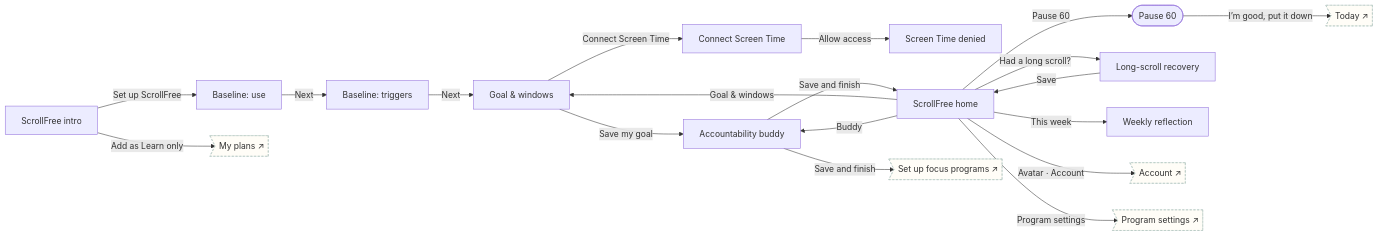
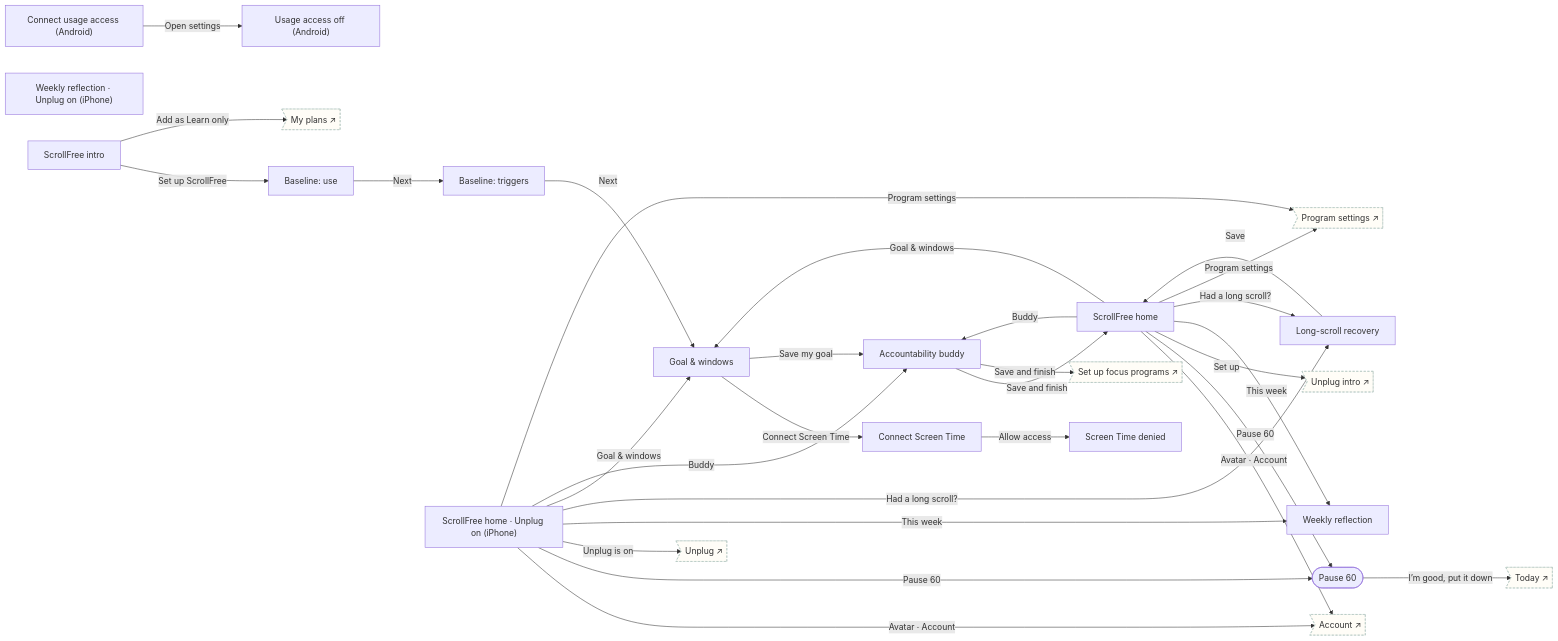
Before and after one commit to Tetherhealthgroup/Tether-Health: the diagram in tether_ui/flows/sf.md, drawn with Mermaid. The commit also changed other lines of this file and 133 other files, not shown here.

````diff
--- a/tether_ui/flows/sf.md
+++ b/tether_ui/flows/sf.md
@@ -5,43 +5,61 @@
 ```mermaid
 flowchart LR
   sf_intro["ScrollFree intro"]
   sf_q1["Baseline: use"]
   sf_q2["Baseline: triggers"]
   sf_goal["Goal & windows"]
   sf_screentime["Connect Screen Time"]
   sf_screentime_denied["Screen Time denied"]
   sf_buddy["Accountability buddy"]
   sf_home["ScrollFree home"]
   sf_pause(["Pause 60"])
   sf_slip["Long-scroll recovery"]
   sf_week["Weekly reflection"]
+  sf_home_unplug["ScrollFree home · Unplug on (iPhone)"]
+  sf_week_unplug["Weekly reflection · Unplug on (iPhone)"]
+  sf_screentime_android["Connect usage access (Android)"]
+  sf_screentime_android_denied["Usage access off (Android)"]
   sf_intro -->|"Set up ScrollFree"| sf_q1
   sf_intro -->|"Add as Learn only"| plans
   sf_q1 -->|"Next"| sf_q2
   sf_q2 -->|"Next"| sf_goal
   sf_goal -->|"Connect Screen Time"| sf_screentime
   sf_goal -->|"Save my goal"| sf_buddy
   sf_screentime -->|"Allow access"| sf_screentime_denied
   sf_buddy -->|"Save and finish"| sf_home
   sf_buddy -->|"Save and finish"| ob_setup
   sf_home -->|"Avatar · Account"| account
   sf_home -->|"Pause 60"| sf_pause
+  sf_home -->|"Set up"| sf_unplug_intro
   sf_home -->|"This week"| sf_week
   sf_home -->|"Had a long scroll?"| sf_slip
   sf_home -->|"Goal & windows"| sf_goal
   sf_home -->|"Buddy"| sf_buddy
   sf_home -->|"Program settings"| program_settings
   sf_pause -->|"I’m good, put it down"| today
   sf_slip -->|"Save"| sf_home
+  sf_home_unplug -->|"Avatar · Account"| account
+  sf_home_unplug -->|"Pause 60"| sf_pause
+  sf_home_unplug -->|"Unplug is on"| sf_unplug_home
+  sf_home_unplug -->|"This week"| sf_week
+  sf_home_unplug -->|"Had a long scroll?"| sf_slip
+  sf_home_unplug -->|"Goal & windows"| sf_goal
+  sf_home_unplug -->|"Buddy"| sf_buddy
+  sf_home_unplug -->|"Program settings"| program_settings
+  sf_screentime_android -->|"Open settings"| sf_screentime_android_denied
   account>"Account ↗"]
   class account ext
   ob_setup>"Set up focus programs ↗"]
   class ob_setup ext
   plans>"My plans ↗"]
   class plans ext
   program_settings>"Program settings ↗"]
   class program_settings ext
+  sf_unplug_home>"Unplug ↗"]
+  class sf_unplug_home ext
+  sf_unplug_intro>"Unplug intro ↗"]
+  class sf_unplug_intro ext
   today>"Today ↗"]
   class today ext
   classDef ext fill:#FFFDF7,stroke:#B6C8C2,stroke-dasharray: 4 3
 ```
````
